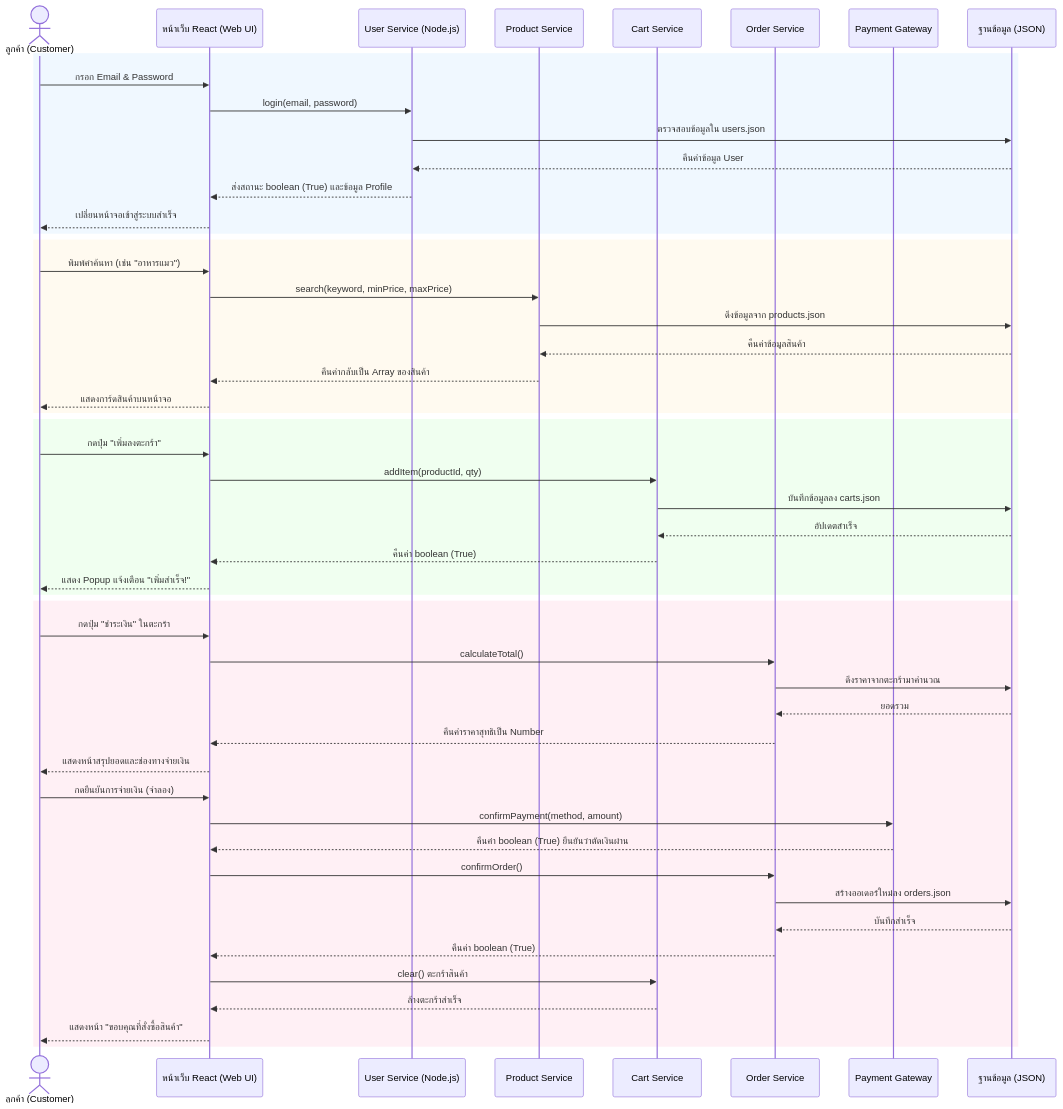
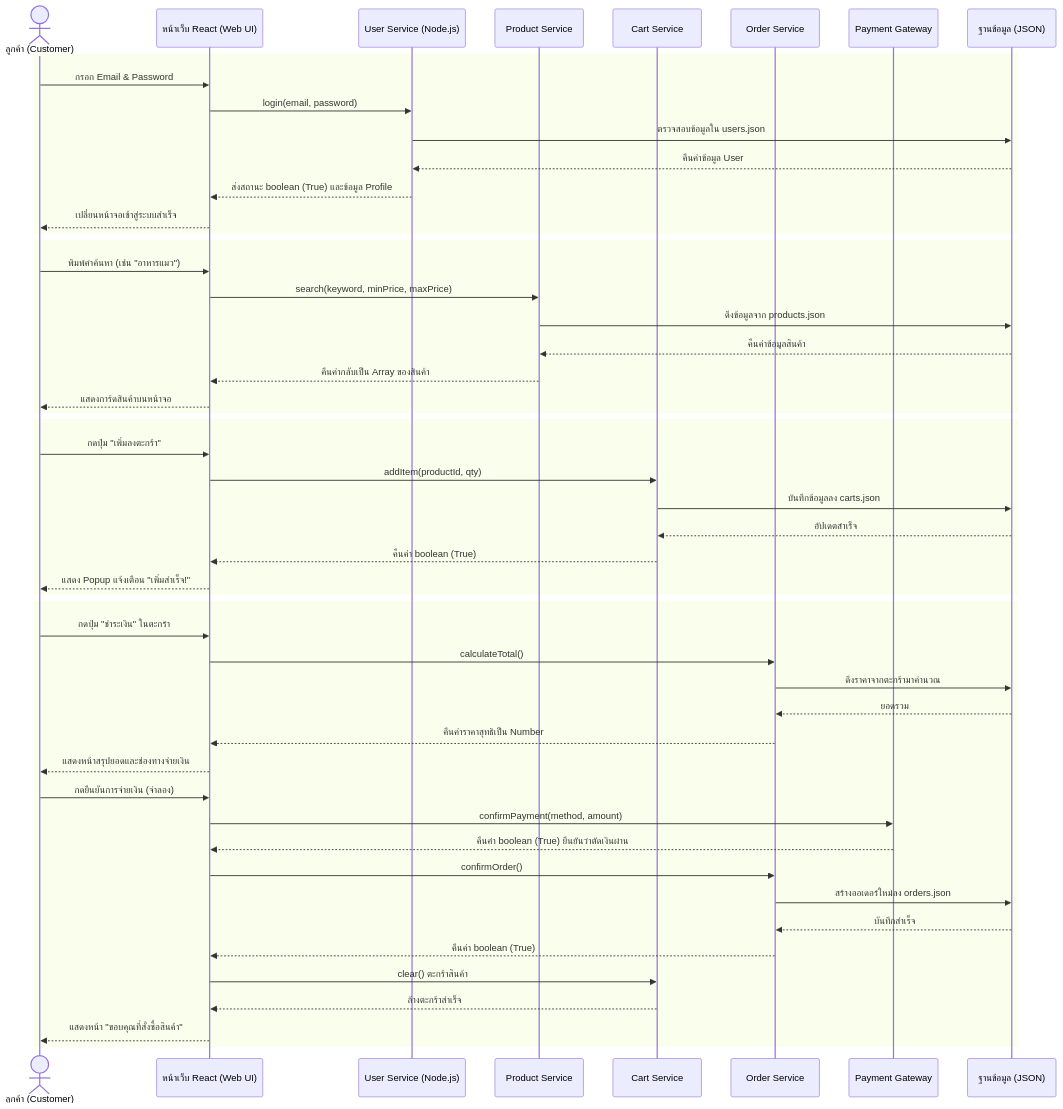
One commit to KumPong/petshop changed the third of 6 diagrams in README.md. Above: the diagram before and after it, drawn with Mermaid. The commit also changed other lines of this file and 1 other file, not shown here.

````diff
--- a/README.md
+++ b/README.md
@@ -464,61 +442,61 @@
 ```mermaid
     sequenceDiagram
     actor Customer as ลูกค้า (Customer)
     participant UI as หน้าเว็บ React (Web UI)
     participant US as User Service (Node.js)
     participant PS as Product Service
     participant CS as Cart Service
     participant OS as Order Service
     participant PG as Payment Gateway
     participant DB as ฐานข้อมูล (JSON)
 
     %% เฟส 1: การเข้าสู่ระบบ (Login)
-    rect rgb(240, 248, 255)
+    rect 
         Customer->>UI: กรอก Email & Password
         UI->>US: login(email, password)
         US->>DB: ตรวจสอบข้อมูลใน users.json
         DB-->>US: คืนค่าข้อมูล User
         US-->>UI: ส่งสถานะ boolean (True) และข้อมูล Profile
         UI-->>Customer: เปลี่ยนหน้าจอเข้าสู่ระบบสำเร็จ
     end
 
     %% เฟส 2: ค้นหาสินค้า (Search Product)
-    rect rgb(255, 250, 240)
+    rect
         Customer->>UI: พิมพ์คำค้นหา (เช่น "อาหารแมว")
         UI->>PS: search(keyword, minPrice, maxPrice)
         PS->>DB: ดึงข้อมูลจาก products.json
         DB-->>PS: คืนค่าข้อมูลสินค้า
         PS-->>UI: คืนค่ากลับเป็น Array ของสินค้า
         UI-->>Customer: แสดงการ์ดสินค้าบนหน้าจอ
     end
 
     %% เฟส 3: หยิบใส่ตะกร้า (Add to Cart)
-    rect rgb(240, 255, 240)
+    rect
         Customer->>UI: กดปุ่ม "เพิ่มลงตะกร้า"
         UI->>CS: addItem(productId, qty)
         CS->>DB: บันทึกข้อมูลลง carts.json
         DB-->>CS: อัปเดตสำเร็จ
         CS-->>UI: คืนค่า boolean (True)
         UI-->>Customer: แสดง Popup แจ้งเตือน "เพิ่มสำเร็จ!"
     end
 
     %% เฟส 4: สั่งซื้อและชำระเงิน (Checkout)
-    rect rgb(255, 240, 245)
+    rect
         Customer->>UI: กดปุ่ม "ชำระเงิน" ในตะกร้า
         UI->>OS: calculateTotal()
         OS->>DB: ดึงราคาจากตะกร้ามาคำนวณ
         DB-->>OS: ยอดรวม
         OS-->>UI: คืนค่าราคาสุทธิเป็น Number
         UI-->>Customer: แสดงหน้าสรุปยอดและช่องทางจ่ายเงิน
         Customer->>UI: กดยืนยันการจ่ายเงิน (จำลอง)
         UI->>PG: confirmPayment(method, amount)
         PG-->>UI: คืนค่า boolean (True) ยืนยันว่าตัดเงินผ่าน
         UI->>OS: confirmOrder()
         OS->>DB: สร้างออเดอร์ใหม่ลง orders.json
         DB-->>OS: บันทึกสำเร็จ
         OS-->>UI: คืนค่า boolean (True)
         UI->>CS: clear() ตะกร้าสินค้า
         CS-->>UI: ล้างตะกร้าสำเร็จ
         UI-->>Customer: แสดงหน้า "ขอบคุณที่สั่งซื้อสินค้า"
     end
 ```
````
